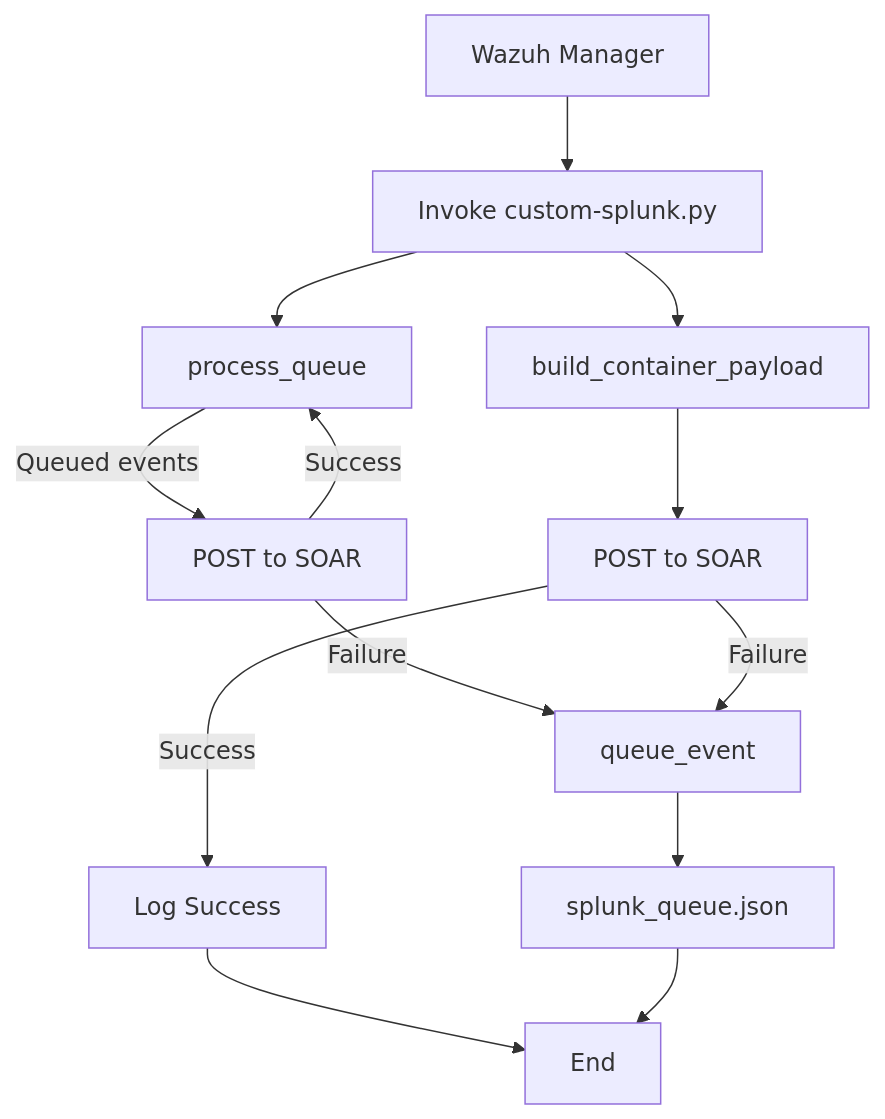
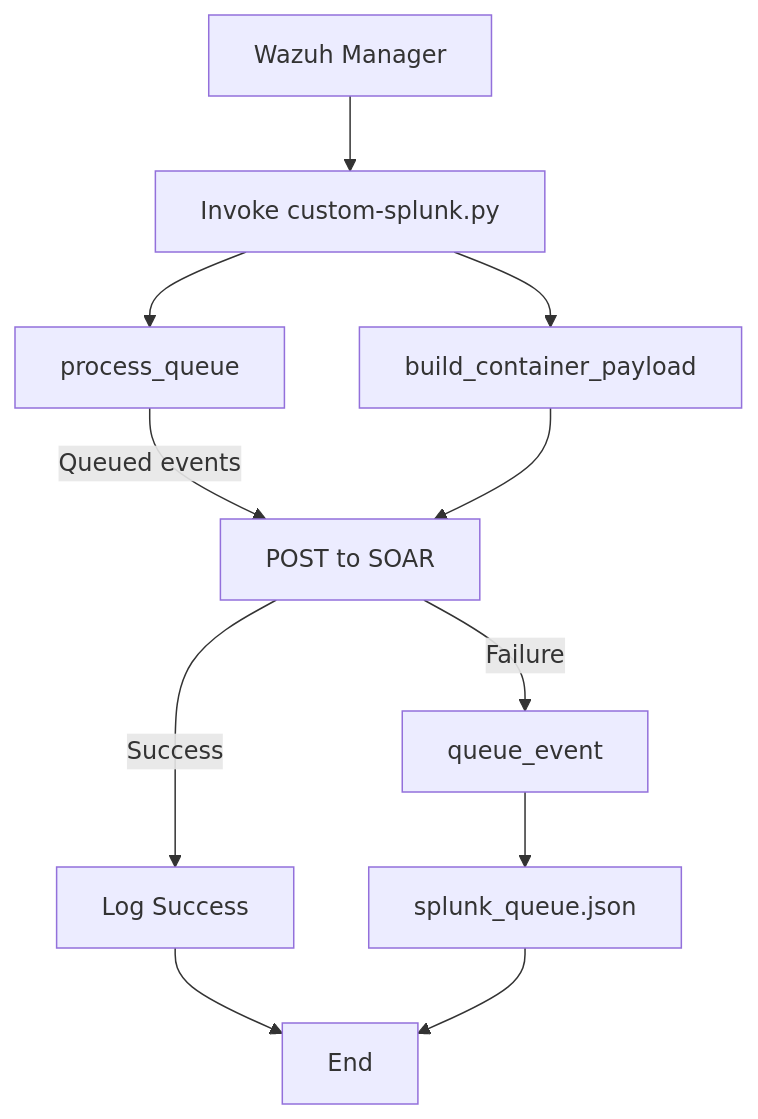
The diagram in integrations/splunk/README.md (leonfullxr/Wazuh), drawn with Mermaid before and after one commit. The commit also changed other lines of this file, not shown here.

````diff
--- a/integrations/splunk/README.md
+++ b/integrations/splunk/README.md
@@ -53,15 +115,13 @@
 ```mermaid
 graph TD
     A[Wazuh Manager] --> B[Invoke custom-splunk.py]
     B --> C[process_queue]
-    C -->|Queued events| D[POST to SOAR]
-    D -->|Success| C
-    D -->|Failure| E[queue_event]
+    C -->|Queued events| G[POST to SOAR]
     B --> F[build_container_payload]
     F --> G[POST to SOAR]
     G -->|Success| H[Log Success]
-    G -->|Failure| E
+    G -->|Failure| E[queue_event]
     E --> I[splunk_queue.json]
     H --> J[End]
     I --> J[End]
 ```
````
